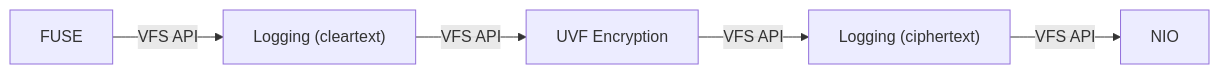
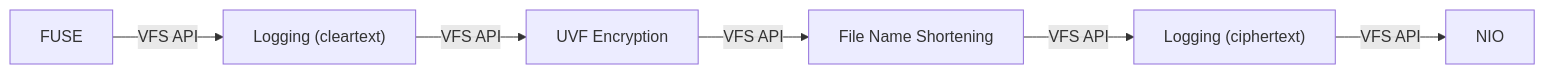
Before and after one commit to cryptomator/vfs: the diagram in vfs-test/README.md, drawn with Mermaid. The commit also changed other lines of this file and 3 other files, not shown here.

Commit message:
vfs-test: add name shortening layer

````diff
--- a/vfs-test/README.md
+++ b/vfs-test/README.md
@@ -7,7 +7,8 @@
 ```mermaid
 flowchart LR
     FUSE -->|VFS API| LogCleartext["Logging (cleartext)"]
     LogCleartext -->|VFS API| UVF["UVF Encryption"]
-    UVF -->|VFS API| LogCiphertext["Logging (ciphertext)"]
+    UVF -->|VFS API| Shortening["File Name Shortening"]
+    Shortening -->|VFS API| LogCiphertext["Logging (ciphertext)"]
     LogCiphertext -->|VFS API| NIO
 ```
````
